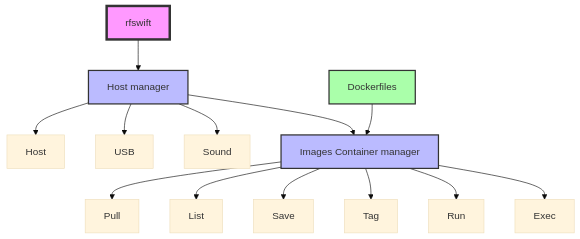
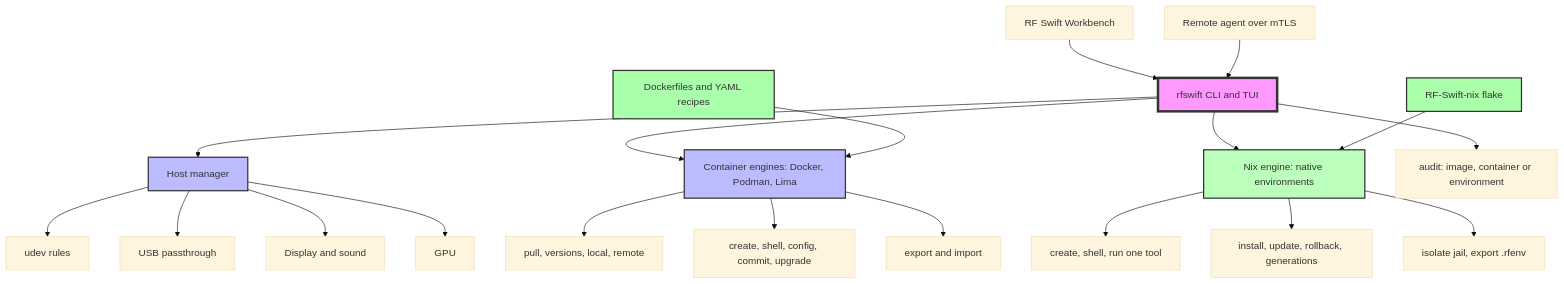
One commit to PentHertz/rfswift-doc-v2 changed the diagram in content/docs/_index.md. Above: the diagram before and after it, drawn with Mermaid (base theme). The commit also changed other lines of this file and 81 other files, not shown here.

````diff
--- a/content/docs/_index.md
+++ b/content/docs/_index.md
@@ -103,20 +103,28 @@
 ```mermaid
 graph TD
-    A[rfswift] --> B[Host manager]
-    B --> C[Host]
-    B --> D[USB]
-    B --> F[Sound]
-    B --> G[Images Container manager]
-    H[Dockerfiles] --> G
-    G --> I[Pull]
-    G --> J[List]
-    G --> K[Save]
-    G --> L[Tag]
-    G --> M[Run]
-    G --> N[Exec]
-    
+    W[RF Swift Workbench] --> A[rfswift CLI and TUI]
+    R[Remote agent over mTLS] --> A
+    A --> B[Host manager]
+    B --> C[udev rules]
+    B --> D[USB passthrough]
+    B --> F[Display and sound]
+    B --> E[GPU]
+    A --> G[Container engines: Docker, Podman, Lima]
+    A --> N[Nix engine: native environments]
+    H[Dockerfiles and YAML recipes] --> G
+    X[RF-Swift-nix flake] --> N
+    G --> I[pull, versions, local, remote]
+    G --> J[create, shell, config, commit, upgrade]
+    G --> K[export and import]
+    N --> O[create, shell, run one tool]
+    N --> P[install, update, rollback, generations]
+    N --> Q[isolate jail, export .rfenv]
+    A --> S[audit: image, container or environment]
+
     style A fill:#f9f,stroke:#333,stroke-width:4px
     style B fill:#bbf,stroke:#333,stroke-width:2px
+    style G fill:#bbf,stroke:#333,stroke-width:2px
+    style N fill:#bfb,stroke:#333,stroke-width:2px
     style H fill:#afa,stroke:#333,stroke-width:2px
-    style G fill:#bbf,stroke:#333,stroke-width:2px
+    style X fill:#afa,stroke:#333,stroke-width:2px
 ```
````
